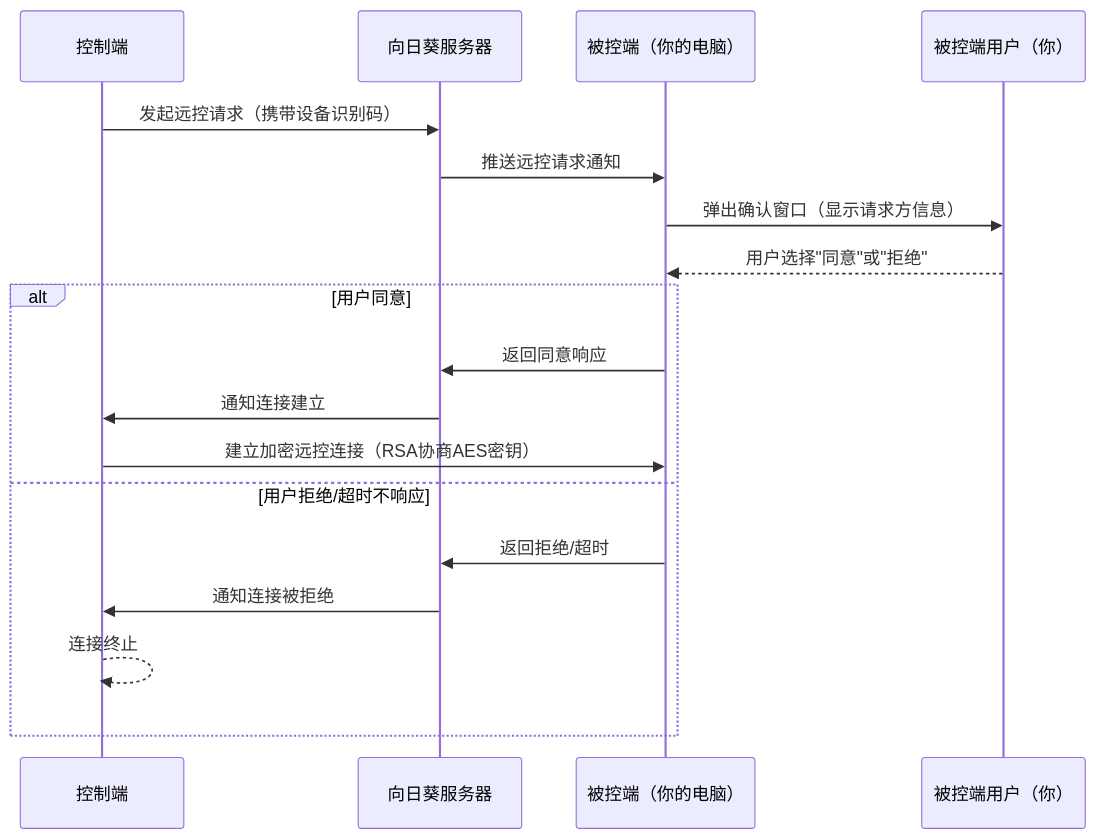
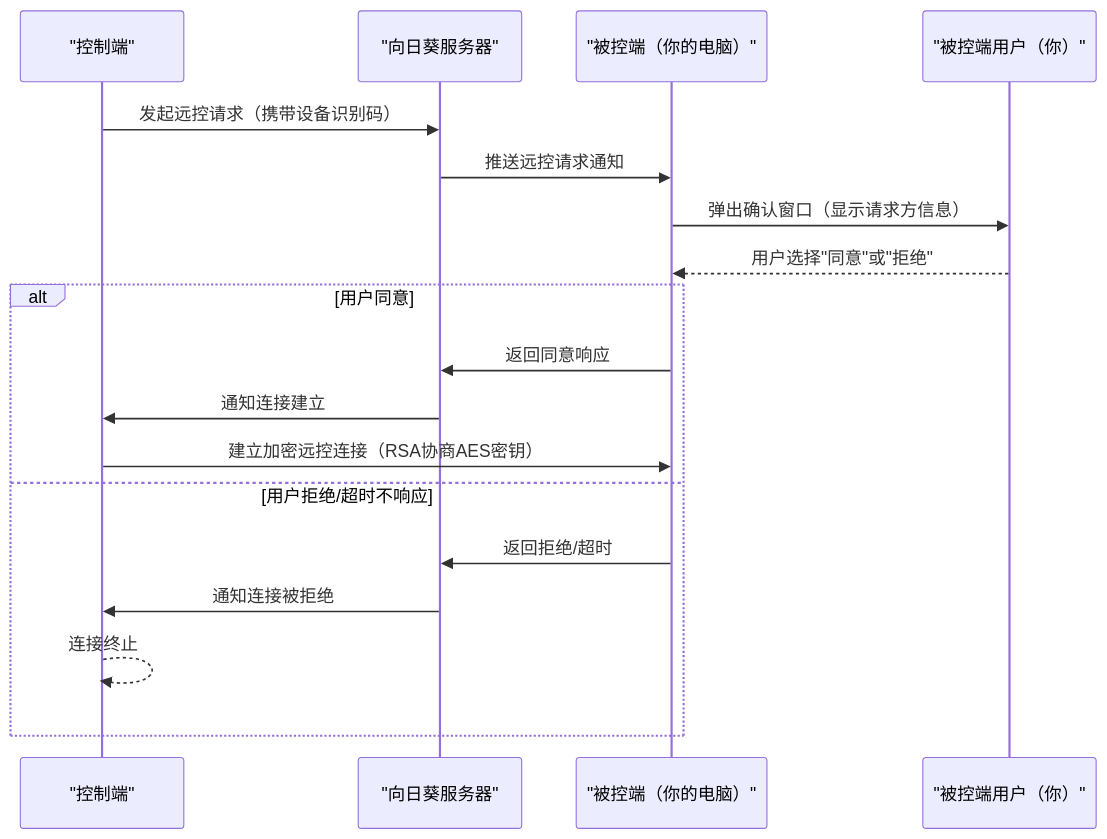
One commit to xinetzone/SpecWeave changed the second of 2 diagrams in docs/knowledge/learning/sunlogin-security-wiki.md. Above: the diagram before and after it, drawn with Mermaid. The commit also changed 107 other files, not shown here.

First line of the commit message:
style(mermaid): check-mermaid --fix自动修复-移除空行+补充引号+subgraph标签

````diff
--- a/docs/knowledge/learning/sunlogin-security-wiki.md
+++ b/docs/knowledge/learning/sunlogin-security-wiki.md
@@ -935,21 +935,20 @@
 ```mermaid
 sequenceDiagram
-    participant C as 控制端
-    participant S as 向日葵服务器
-    participant H as 被控端（你的电脑）
-    participant U as 被控端用户（你）
-
+    participant C as "控制端"
+    participant S as "向日葵服务器"
+    participant H as "被控端（你的电脑）"
+    participant U as "被控端用户（你）"
     C->>S: 发起远控请求（携带设备识别码）
     S->>H: 推送远控请求通知
     H->>U: 弹出确认窗口（显示请求方信息）
     U-->>H: 用户选择"同意"或"拒绝"
     alt 用户同意
         H->>S: 返回同意响应
         S->>C: 通知连接建立
         C->>H: 建立加密远控连接（RSA协商AES密钥）
     else 用户拒绝/超时不响应
         H->>S: 返回拒绝/超时
         S->>C: 通知连接被拒绝
         C-->>C: 连接终止
     end
 ```
````
